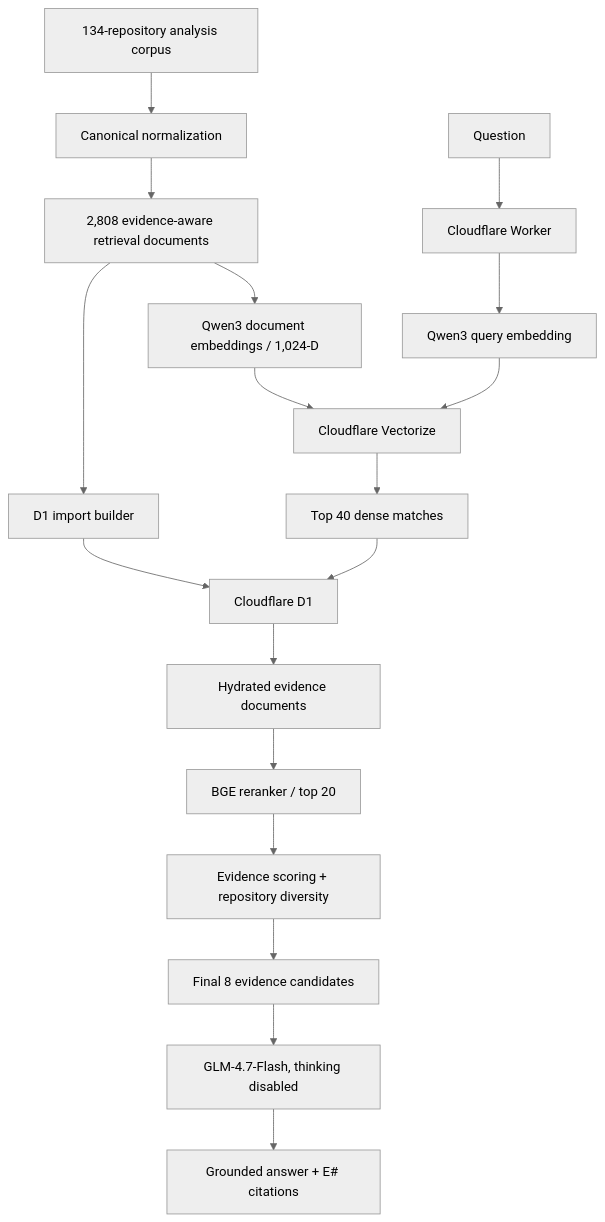
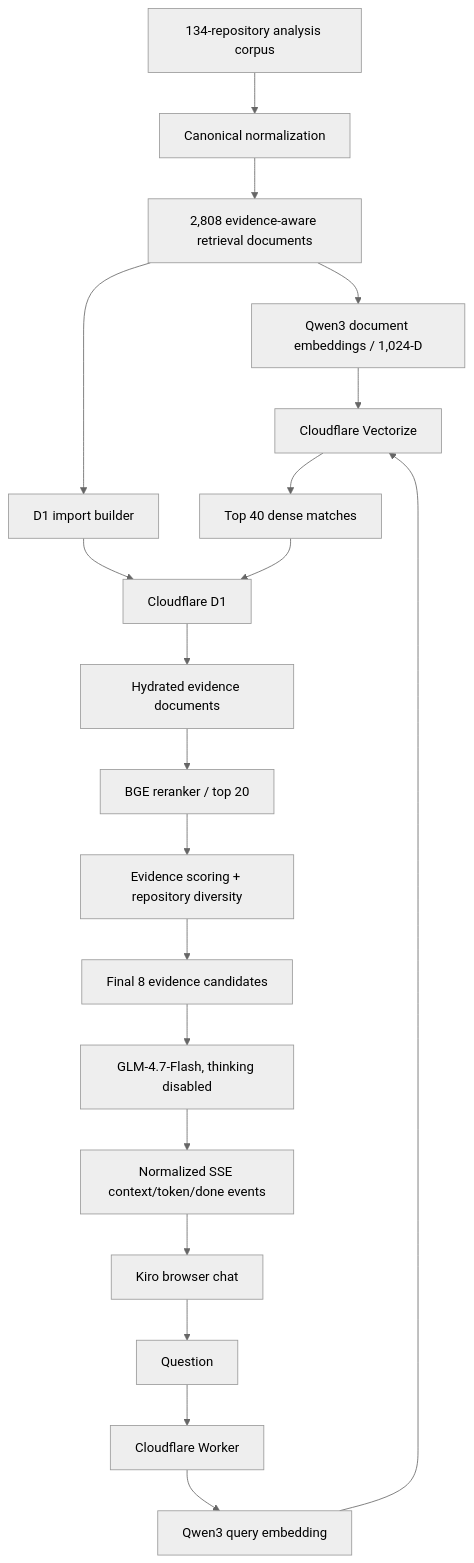
The diagram in docs/rag/pipeline.md (kirolossedra/my-portfolio), drawn with Mermaid (neutral theme) before and after one commit. The commit also changed other lines of this file and 2 other files, not shown here.

Commit message:
docs(rag): document deployed Kiro chat frontend

````diff
--- a/docs/rag/pipeline.md
+++ b/docs/rag/pipeline.md
@@ -7,21 +7,23 @@
 ```mermaid
 flowchart TD
     A[134-repository analysis corpus] --> B[Canonical normalization]
     B --> C[2,808 evidence-aware retrieval documents]
     C --> D[Qwen3 document embeddings / 1,024-D]
     D --> V[Cloudflare Vectorize]
     C --> I[D1 import builder]
     I --> DB[Cloudflare D1]
 
-    Q[Question] --> W[Cloudflare Worker]
+    UI[Kiro browser chat] --> Q[Question]
+    Q --> W[Cloudflare Worker]
     W --> QE[Qwen3 query embedding]
     QE --> V
     V --> T40[Top 40 dense matches]
     T40 --> DB
     DB --> H[Hydrated evidence documents]
     H --> R[BGE reranker / top 20]
     R --> S[Evidence scoring + repository diversity]
     S --> T8[Final 8 evidence candidates]
     T8 --> G[GLM-4.7-Flash, thinking disabled]
-    G --> O[Grounded answer + E# citations]
+    G --> SSE[Normalized SSE context/token/done events]
+    SSE --> UI
 ```
````
